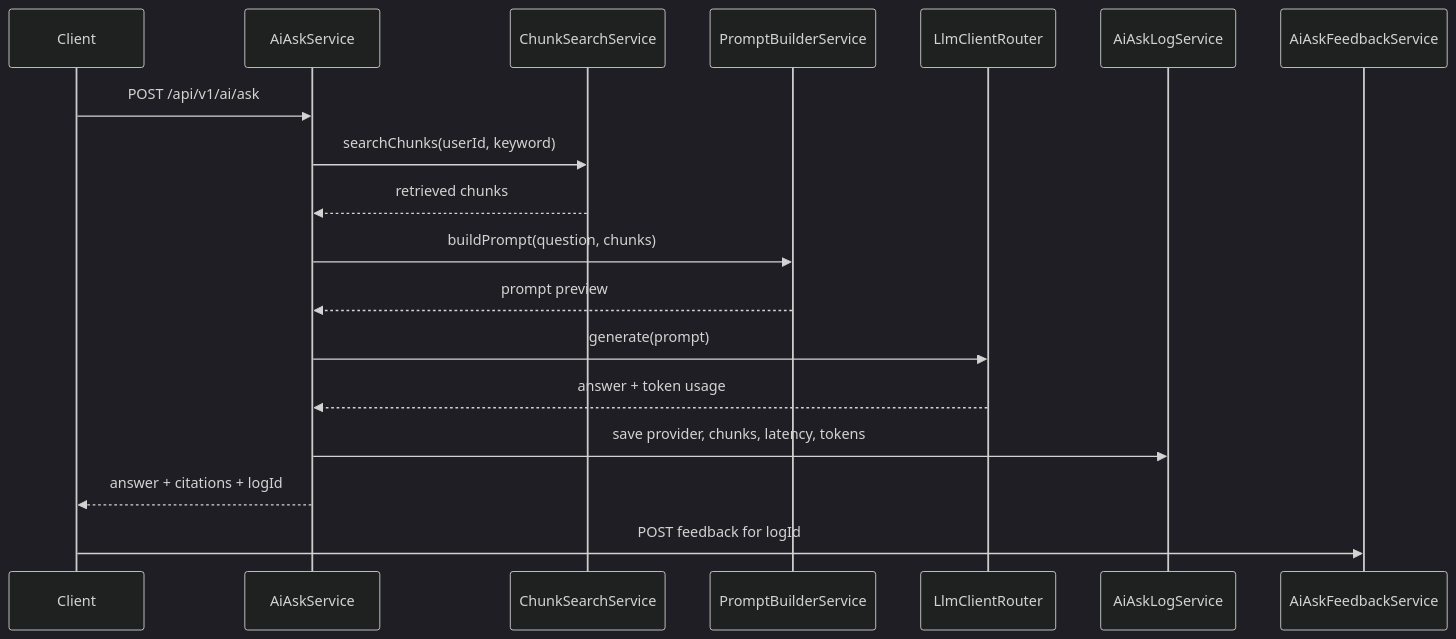
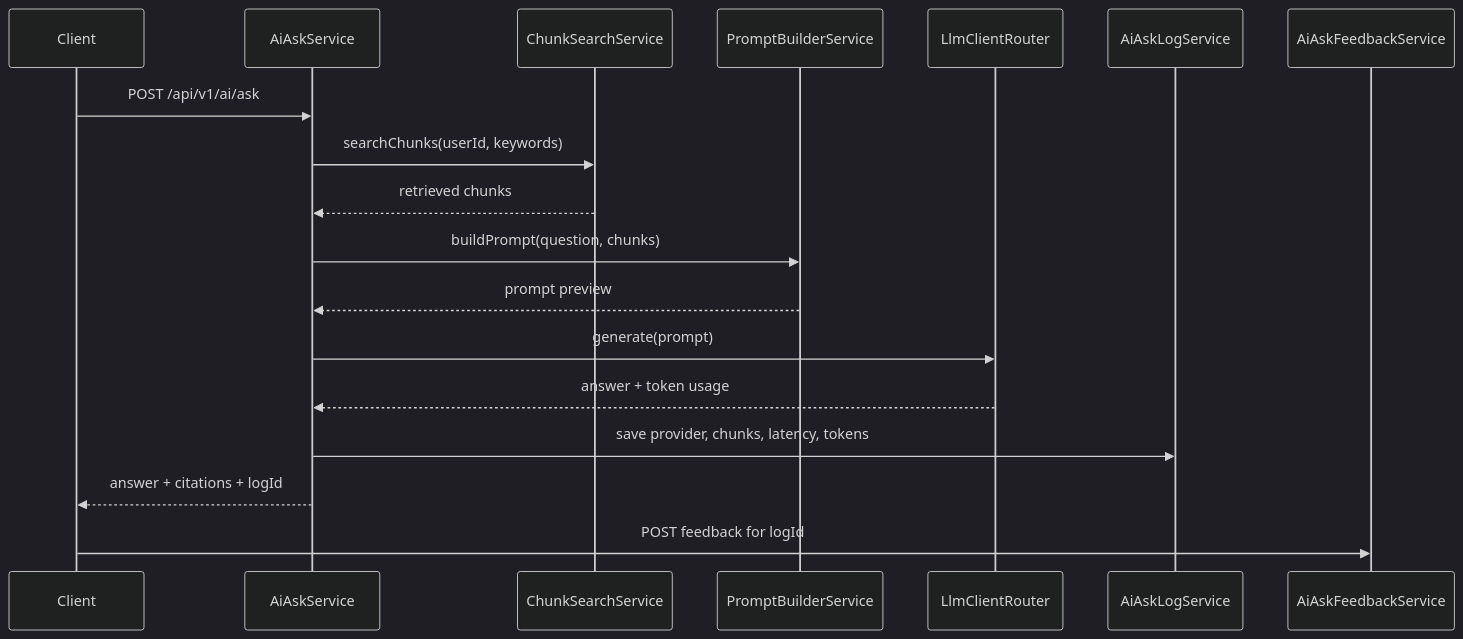
The second of 2 diagrams in backend/README.md (wwjorker/devmind), drawn with Mermaid (dark theme) before and after one commit. The commit also changed other lines of this file and 7 other files, not shown here.

````diff
--- a/backend/README.md
+++ b/backend/README.md
@@ -104,21 +104,21 @@
 ```mermaid
 sequenceDiagram
     participant Client
     participant AI as AiAskService
     participant Search as ChunkSearchService
     participant Prompt as PromptBuilderService
     participant LLM as LlmClientRouter
     participant Log as AiAskLogService
     participant Feedback as AiAskFeedbackService
 
     Client->>AI: POST /api/v1/ai/ask
-    AI->>Search: searchChunks(userId, keyword)
+    AI->>Search: searchChunks(userId, keywords)
     Search-->>AI: retrieved chunks
     AI->>Prompt: buildPrompt(question, chunks)
     Prompt-->>AI: prompt preview
     AI->>LLM: generate(prompt)
     LLM-->>AI: answer + token usage
     AI->>Log: save provider, chunks, latency, tokens
     AI-->>Client: answer + citations + logId
     Client->>Feedback: POST feedback for logId
 ```
````
